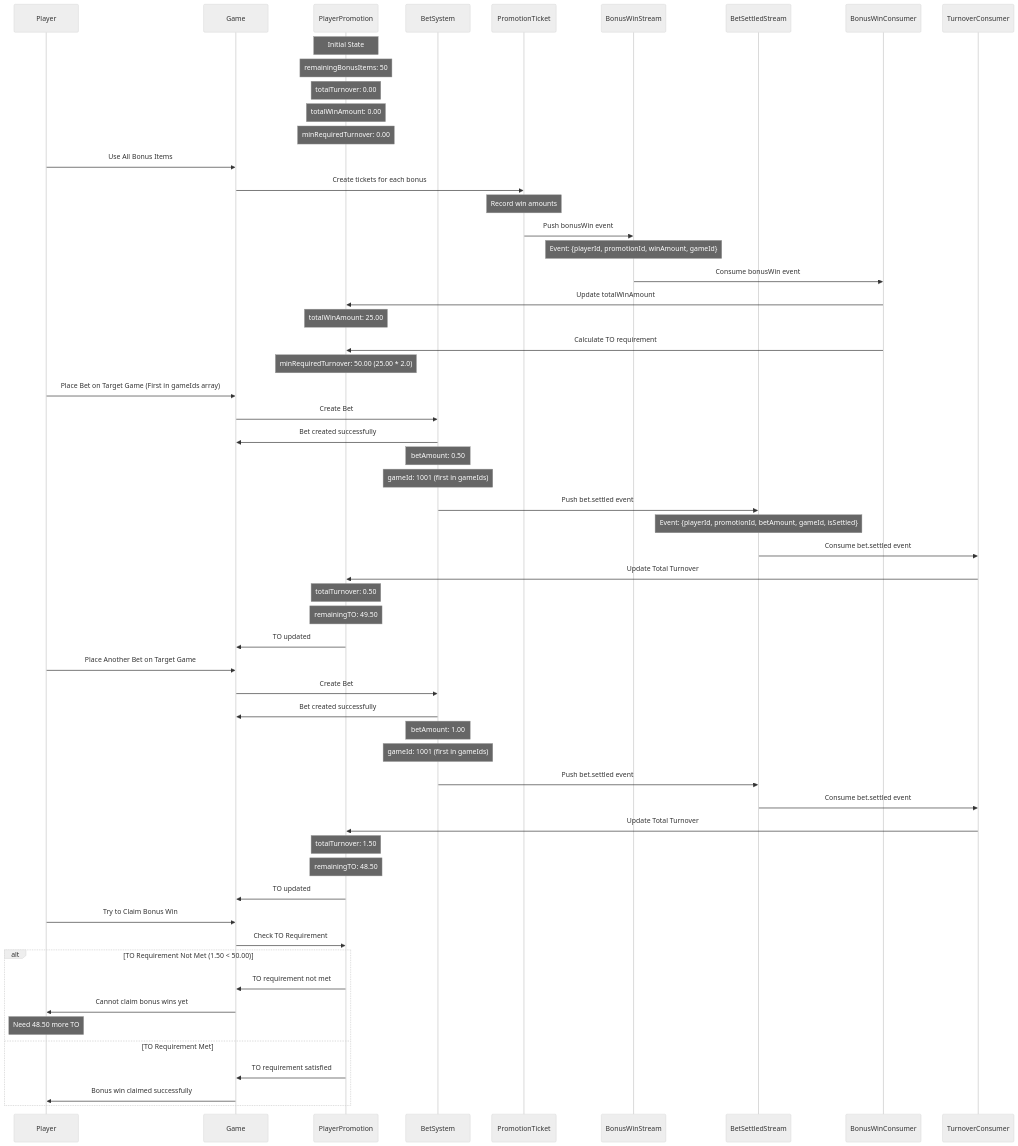
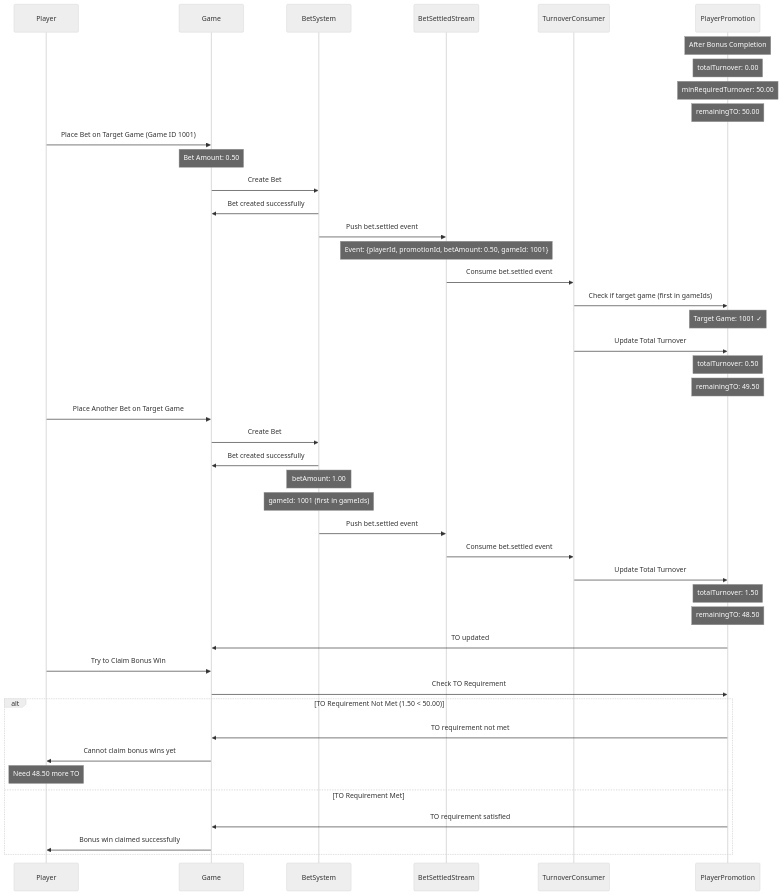
One commit to starixvn/l1_backend-services_game-promotion-api changed the third of 4 diagrams in diagrams/data-models/FreeSpinFlow.md. Above: the diagram before and after it, drawn with Mermaid (neutral theme). The commit also changed other lines of this file and 1 other file, not shown here.

Commit message:
doc: split to smaller flows

````diff
--- a/diagrams/data-models/FreeSpinFlow.md
+++ b/diagrams/data-models/FreeSpinFlow.md
@@ -78,69 +139,52 @@
 ```mermaid
 sequenceDiagram
     participant Player
     participant Game
+    participant B as BetSystem
+    participant BetSettledStream
+    participant TurnoverConsumer
     participant PP as PlayerPromotion
-    participant B as BetSystem
-    participant PT as PromotionTicket
-    participant BonusWinStream
-    participant BetSettledStream
-    participant BonusWinConsumer
-    participant TurnoverConsumer
 
-    Note over PP: Initial State
-    Note over PP: remainingBonusItems: 50
+    Note over PP: After Bonus Completion
     Note over PP: totalTurnover: 0.00
-    Note over PP: totalWinAmount: 0.00
-    Note over PP: minRequiredTurnover: 0.00
+    Note over PP: minRequiredTurnover: 50.00
+    Note over PP: remainingTO: 50.00
 
-    Player->>Game: Use All Bonus Items
-    Game->>PT: Create tickets for each bonus
-    Note over PT: Record win amounts
-    PT->>BonusWinStream: Push bonusWin event
-    Note over BonusWinStream: Event: {playerId, promotionId, winAmount, gameId}
-
-    BonusWinStream->>BonusWinConsumer: Consume bonusWin event
-    BonusWinConsumer->>PP: Update totalWinAmount
-    Note over PP: totalWinAmount: 25.00
-    BonusWinConsumer->>PP: Calculate TO requirement
-    Note over PP: minRequiredTurnover: 50.00 (25.00 * 2.0)
-
-    Player->>Game: Place Bet on Target Game (First in gameIds array)
+    Player->>Game: Place Bet on Target Game (Game ID 1001)
+    Note over Game: Bet Amount: 0.50
     Game->>B: Create Bet
     B->>Game: Bet created successfully
-    Note over B: betAmount: 0.50
-    Note over B: gameId: 1001 (first in gameIds)
-
     B->>BetSettledStream: Push bet.settled event
-    Note over BetSettledStream: Event: {playerId, promotionId, betAmount, gameId, isSettled}
+    Note over BetSettledStream: Event: {playerId, promotionId, betAmount: 0.50, gameId: 1001}
 
     BetSettledStream->>TurnoverConsumer: Consume bet.settled event
+    TurnoverConsumer->>PP: Check if target game (first in gameIds)
+    Note over PP: Target Game: 1001 ✓
     TurnoverConsumer->>PP: Update Total Turnover
     Note over PP: totalTurnover: 0.50
     Note over PP: remainingTO: 49.50
-    PP->>Game: TO updated
 
     Player->>Game: Place Another Bet on Target Game
     Game->>B: Create Bet
     B->>Game: Bet created successfully
     Note over B: betAmount: 1.00
     Note over B: gameId: 1001 (first in gameIds)
 
     B->>BetSettledStream: Push bet.settled event
     BetSettledStream->>TurnoverConsumer: Consume bet.settled event
     TurnoverConsumer->>PP: Update Total Turnover
     Note over PP: totalTurnover: 1.50
     Note over PP: remainingTO: 48.50
     PP->>Game: TO updated
 
     Player->>Game: Try to Claim Bonus Win
     Game->>PP: Check TO Requirement
     alt TO Requirement Not Met (1.50 < 50.00)
         PP->>Game: TO requirement not met
         Game->>Player: Cannot claim bonus wins yet
         Note over Player: Need 48.50 more TO
     else TO Requirement Met
         PP->>Game: TO requirement satisfied
         Game->>Player: Bonus win claimed successfully
     end
 ```
````
